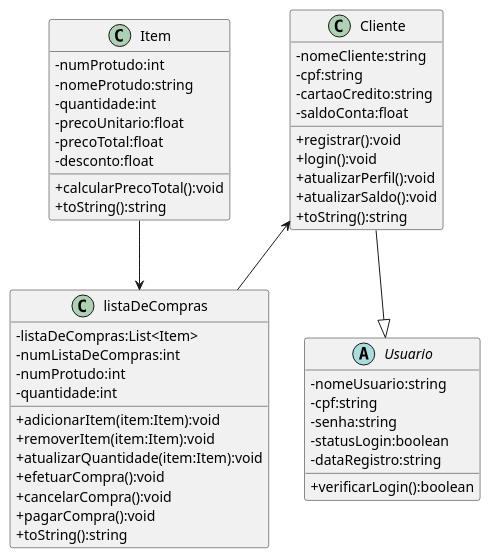
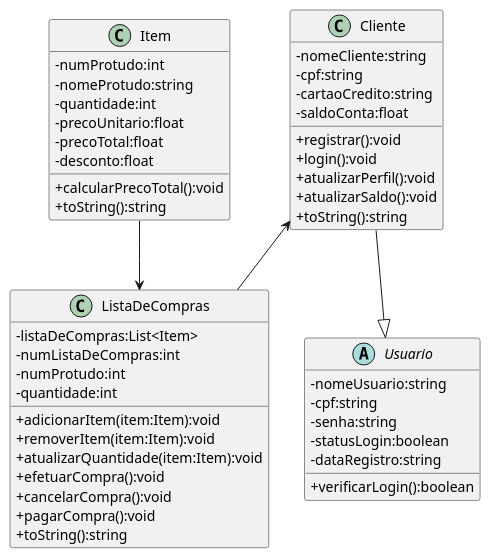
One commit to Luiz-Eduardo-BL/Project_Lista_de_Compras changed the diagram in Diagrama/diagrama.wsd. Above: the diagram before and after it, drawn with PlantUML. The commit also changed 6 other files, not shown here.

```diff
--- a/Diagrama/diagrama.wsd
+++ b/Diagrama/diagrama.wsd
@@ -1,58 +1,58 @@
 @startuml diagrama
 skinparam ClassAttributeIconSize 0
 
 class Item{
   -numProtudo:int
   -nomeProtudo:string
   -quantidade:int
   -precoUnitario:float
   -precoTotal:float
   -desconto:float
 
   +calcularPrecoTotal():void
   +toString():string
 } 
 
 class Cliente{
   -nomeCliente:string
   -cpf:string
   -cartaoCredito:string
   -saldoConta:float
 
   +registrar():void
   +login():void
   +atualizarPerfil():void
   +atualizarSaldo():void
   +toString():string
 }
 
 abstract class Usuario{
   -nomeUsuario:string
   -cpf:string
   -senha:string
   -statusLogin:boolean
   -dataRegistro:string
 
   +verificarLogin():boolean
 }
 
-class listaDeCompras{
+class ListaDeCompras{
   -listaDeCompras:List<Item>
   -numListaDeCompras:int
   -numProtudo:int
   -quantidade:int
 
   +adicionarItem(item:Item):void
   +removerItem(item:Item):void
   +atualizarQuantidade(item:Item):void
   +efetuarCompra():void
   +cancelarCompra():void
   +pagarCompra():void
   +toString():string
 }
 
-Item --> listaDeCompras 
-Cliente <-- listaDeCompras
+Item --> ListaDeCompras 
+Cliente <-- ListaDeCompras
 Cliente --|> Usuario
 
 @enduml
```
